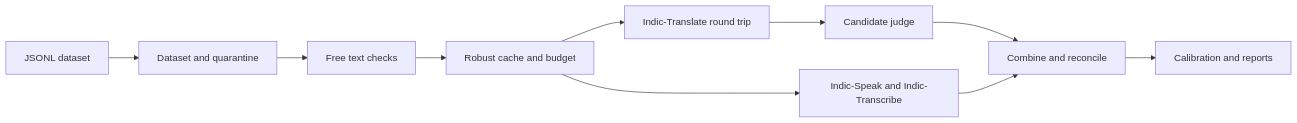
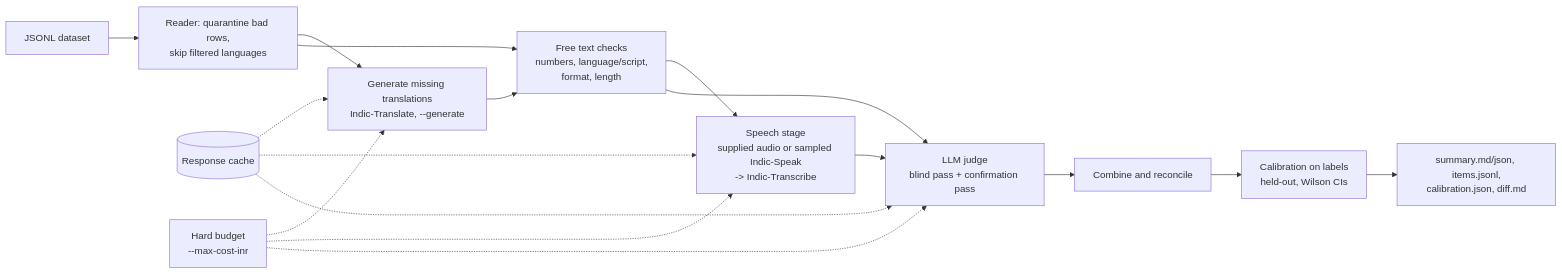
Before and after one commit to Bodhan-AI/Bodhan-AI-Cookbook: the first of 2 diagrams in examples/translation_speech_quality_harness/DESIGN.md, drawn with Mermaid. The commit also changed other lines of this file and 9 other files, not shown here.

````diff
--- a/examples/translation_speech_quality_harness/DESIGN.md
+++ b/examples/translation_speech_quality_harness/DESIGN.md
@@ -5,12 +10,19 @@
 ```mermaid
 flowchart LR
-    A[JSONL dataset] --> B[Dataset and quarantine]
-    B --> C[Free text checks]
-    C --> D[Robust cache and budget]
-    D --> E[Indic-Translate round trip]
-    E --> F[Candidate judge]
-    D --> G[Indic-Speak and Indic-Transcribe]
-    F --> H[Combine and reconcile]
-    G --> H
-    H --> I[Calibration and reports]
+    DS[JSONL dataset] --> RD[Reader: quarantine bad rows,<br/>skip filtered languages]
+    RD --> GEN[Generate missing translations<br/>Indic-Translate, --generate]
+    GEN --> TXT[Free text checks<br/>numbers, language/script,<br/>format, length]
+    RD --> TXT
+    TXT --> SPE[Speech stage<br/>supplied audio or sampled Indic-Speak<br/>-> Indic-Transcribe]
+    SPE --> JDG[LLM judge<br/>blind pass + confirmation pass]
+    TXT --> JDG
+    JDG --> CMB[Combine and reconcile]
+    CMB --> CAL[Calibration on labels<br/>held-out, Wilson CIs]
+    CAL --> RPT[summary.md/json, items.jsonl,<br/>calibration.json, diff.md]
+    CACHE[(Response cache)] -.-> GEN
+    CACHE -.-> SPE
+    CACHE -.-> JDG
+    BUD[Hard budget<br/>--max-cost-inr] -.-> GEN
+    BUD -.-> SPE
+    BUD -.-> JDG
 ```
````
